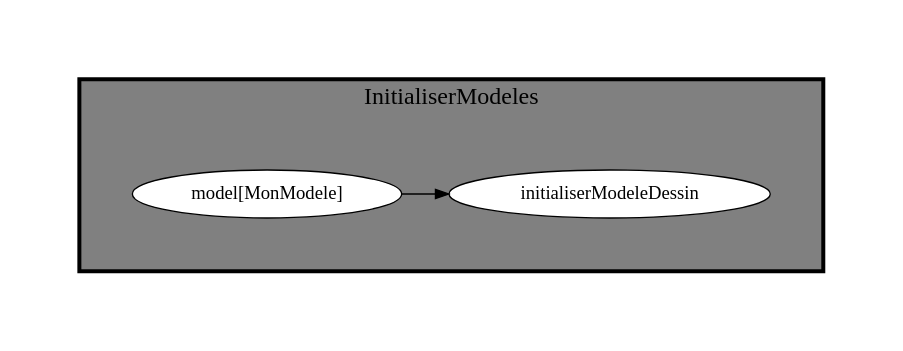
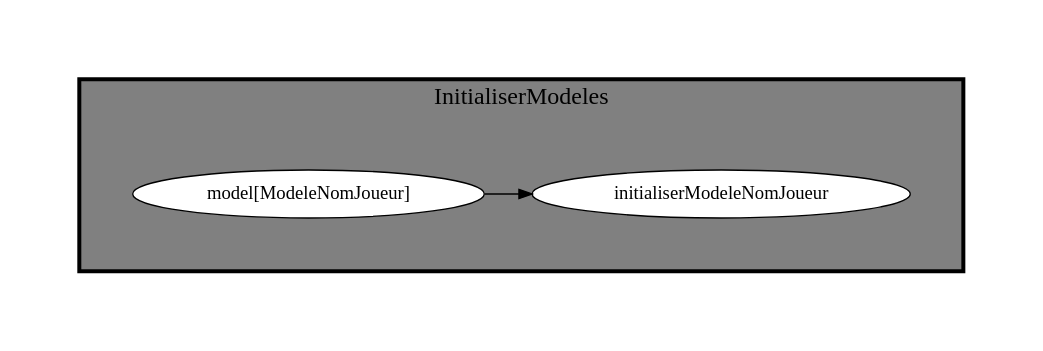
One commit to DzMahdi/4f5 changed the diagram in mon_projet/MON_JEU/_storage/graphs/backend.dot. Above: the diagram before and after it, drawn with Graphviz. The commit also changed 36 other files, not shown here.

```diff
--- a/mon_projet/MON_JEU/_storage/graphs/backend.dot
+++ b/mon_projet/MON_JEU/_storage/graphs/backend.dot
@@ -1,15 +1,15 @@
 digraph "backend" {
 edge ["dir"="forward"]
 graph ["rankdir"="LR","compound"="true","overlap"="false"]
 subgraph "cluster_InitialiserModeles__container" {
 edge ["dir"="none"]
 graph ["margin"="40","style"="invis"]
 subgraph "cluster_InitialiserModeles" {
 edge ["dir"="forward"]
 graph ["rankdir"="LR","label"="InitialiserModeles","style"="filled","fillcolor"="gray","penwidth"="3.0","fontsize"="18.0"]
-"InitialiserModeles_model[MonModele]" ["label"="model[MonModele]","style"="filled","fillcolor"="white"]
-"InitialiserModeles_initialiserModeleDessin" ["label"="initialiserModeleDessin","style"="filled","fillcolor"="white"]
+"InitialiserModeles_model[ModeleNomJoueur]" ["label"="model[ModeleNomJoueur]","style"="filled","fillcolor"="white"]
+"InitialiserModeles_initialiserModeleNomJoueur" ["label"="initialiserModeleNomJoueur","style"="filled","fillcolor"="white"]
 }
 }
-"InitialiserModeles_model[MonModele]" -> "InitialiserModeles_initialiserModeleDessin" ["label"=""]
+"InitialiserModeles_model[ModeleNomJoueur]" -> "InitialiserModeles_initialiserModeleNomJoueur" ["label"=""]
 }
```
